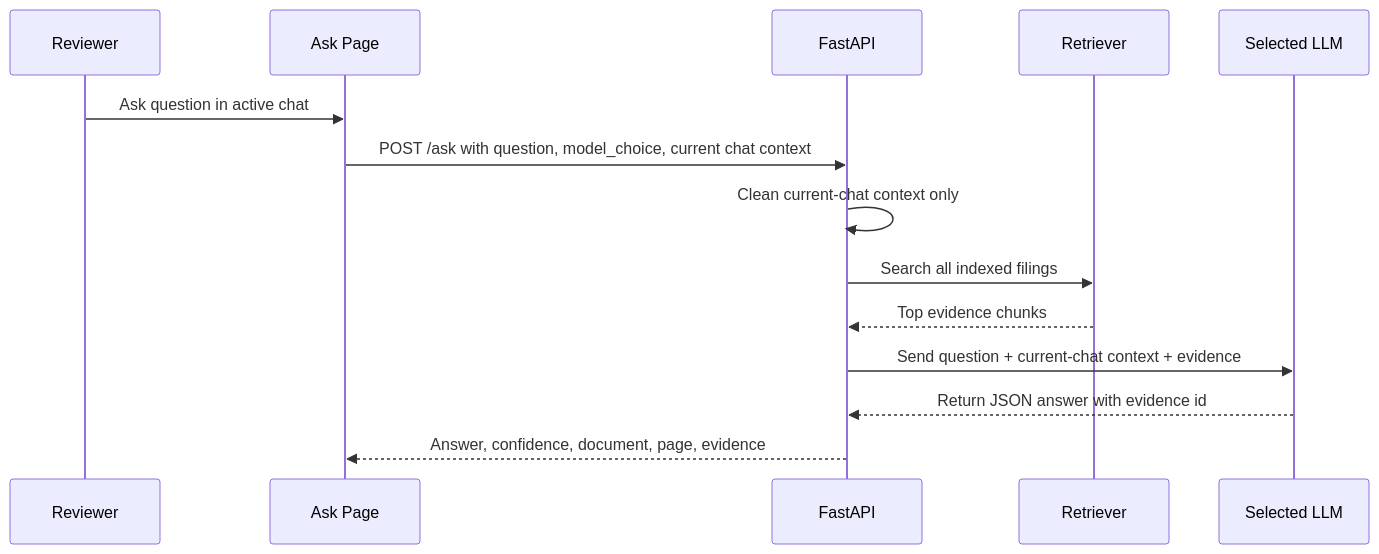
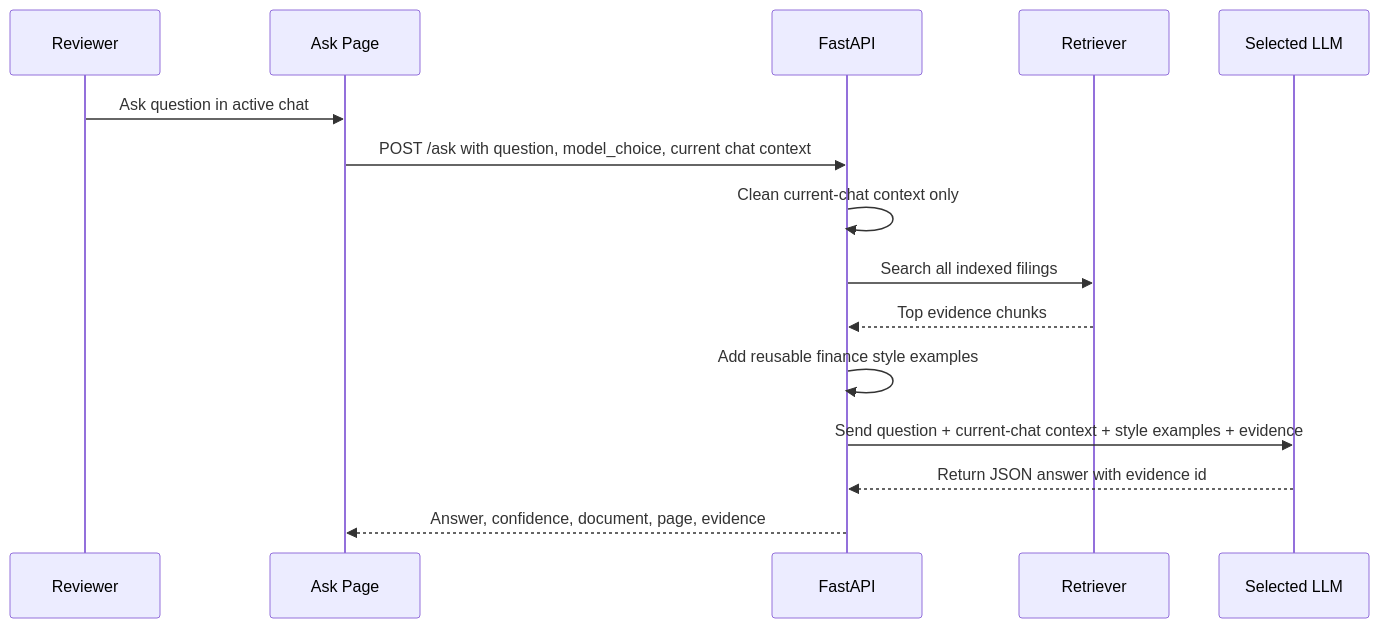
The fourth of 6 diagrams in docs/ARCHITECTURE.md (vrize-poc-demo/evidence-alpha), drawn with Mermaid before and after one commit. The commit also changed other lines of this file and 12 other files, not shown here.

````diff
--- a/docs/ARCHITECTURE.md
+++ b/docs/ARCHITECTURE.md
@@ -71,17 +73,18 @@
 ```mermaid
 sequenceDiagram
     participant U as Reviewer
     participant UI as Ask Page
     participant API as FastAPI
     participant R as Retriever
     participant L as Selected LLM
 
     U->>UI: Ask question in active chat
     UI->>API: POST /ask with question, model_choice, current chat context
     API->>API: Clean current-chat context only
     API->>R: Search all indexed filings
     R-->>API: Top evidence chunks
-    API->>L: Send question + current-chat context + evidence
+    API->>API: Add reusable finance style examples
+    API->>L: Send question + current-chat context + style examples + evidence
     L-->>API: Return JSON answer with evidence id
     API-->>UI: Answer, confidence, document, page, evidence
 ```
````
